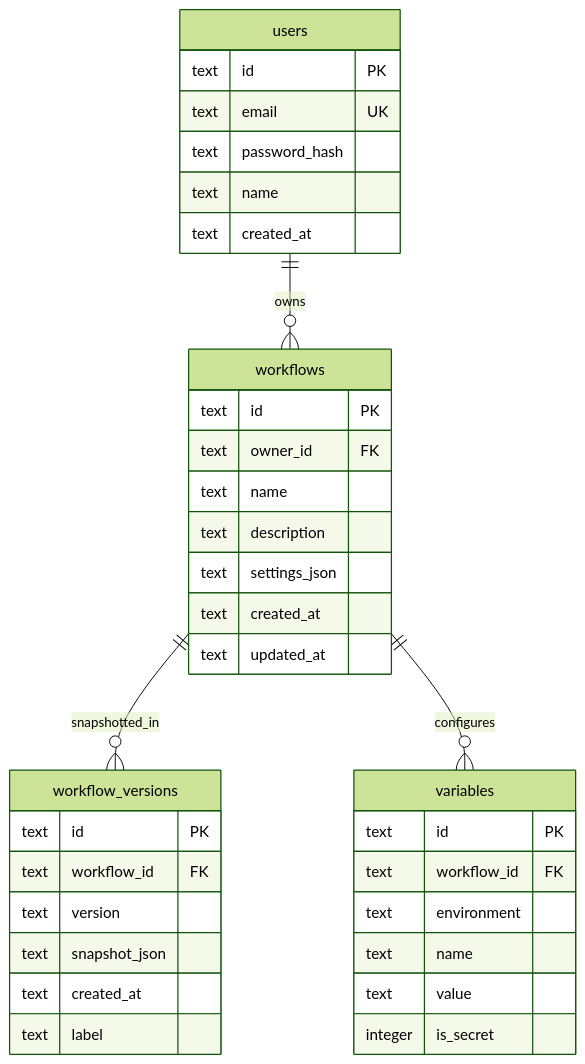
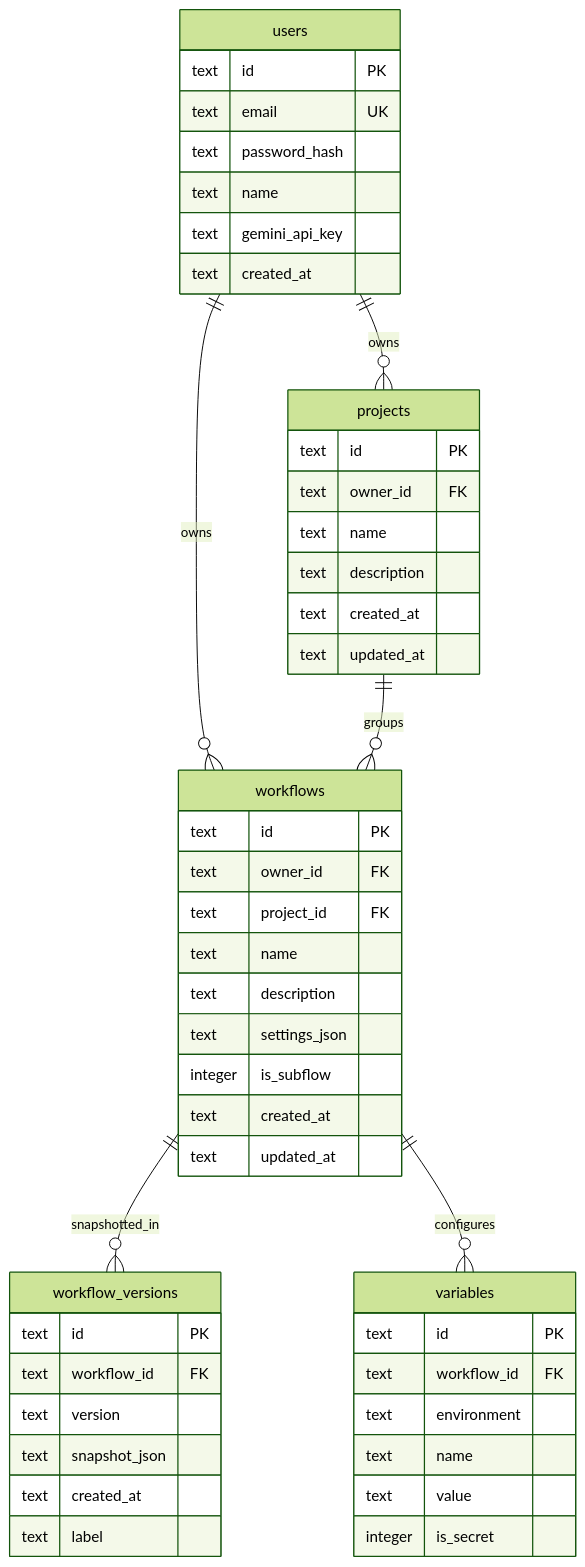
One commit to RahulPawar1212/beamflow changed the diagram in docs/db-auth-architecture.md. Above: the diagram before and after it, drawn with Mermaid (forest theme). The commit also changed other lines of this file and 24 other files, not shown here.

First line of the commit message:
feat(projects): group workflows & subflows under user-owned projects

````diff
--- a/docs/db-auth-architecture.md
+++ b/docs/db-auth-architecture.md
@@ -69,39 +69,52 @@
 ```mermaid
 erDiagram
     users {
         text id PK
         text email UK
         text password_hash
         text name
+        text gemini_api_key
         text created_at
+    }
+    projects {
+        text id PK
+        text owner_id FK
+        text name
+        text description
+        text created_at
+        text updated_at
     }
     workflows {
         text id PK
         text owner_id FK
+        text project_id FK
         text name
         text description
         text settings_json
+        integer is_subflow
         text created_at
         text updated_at
     }
     workflow_versions {
         text id PK
         text workflow_id FK
         text version
         text snapshot_json
         text created_at
         text label
     }
     variables {
         text id PK
         text workflow_id FK
         text environment
         text name
         text value
         integer is_secret
     }
 
+    users ||--o{ projects : owns
     users ||--o{ workflows : owns
+    projects ||--o{ workflows : groups
     workflows ||--o{ workflow_versions : snapshotted_in
     workflows ||--o{ variables : configures
 ```
````
